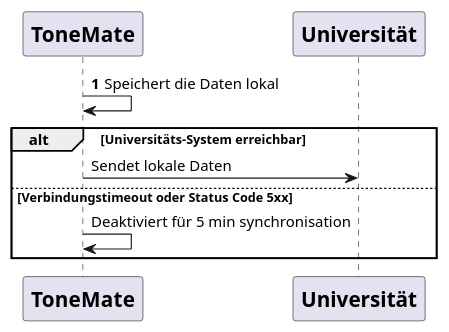
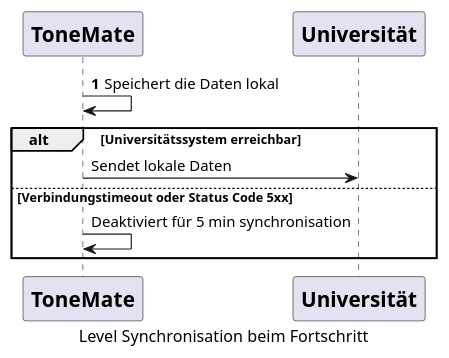
Before and after one commit to BB223/sw-architecture: the diagram in diagrams/laufzeit_levelWeiter.puml, drawn with PlantUML. The commit also changed 18 other files, not shown here.

```diff
--- a/diagrams/laufzeit_levelWeiter.puml
+++ b/diagrams/laufzeit_levelWeiter.puml
@@ -1,24 +1,27 @@
 @startuml
+
+caption Level Synchronisation beim Fortschritt
+
 autonumber
 participant ToneMate [
     =ToneMate
 ]
 
 participant Uni [
     =Universität
 ]
 
 ToneMate -> ToneMate: Speichert die Daten lokal
 
 autonumber stop
-alt Universitäts-System erreichbar
+alt Universitätssystem erreichbar
 
     ToneMate -> Uni: Sendet lokale Daten
 
 else Verbindungstimeout oder Status Code 5xx
 
-    ToneMate -> ToneMate: Deaktiviert für 5 min synchronisation 
-    
+    ToneMate -> ToneMate: Deaktiviert für 5 min synchronisation
+
 end
 
 @enduml
```
